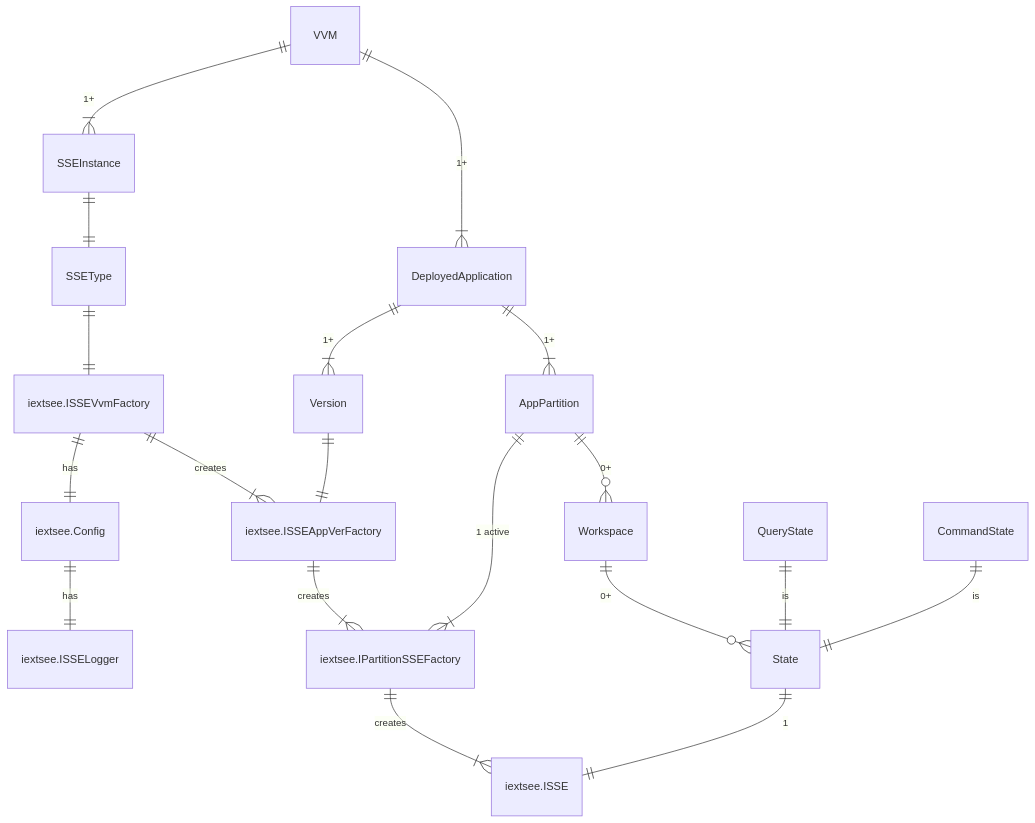
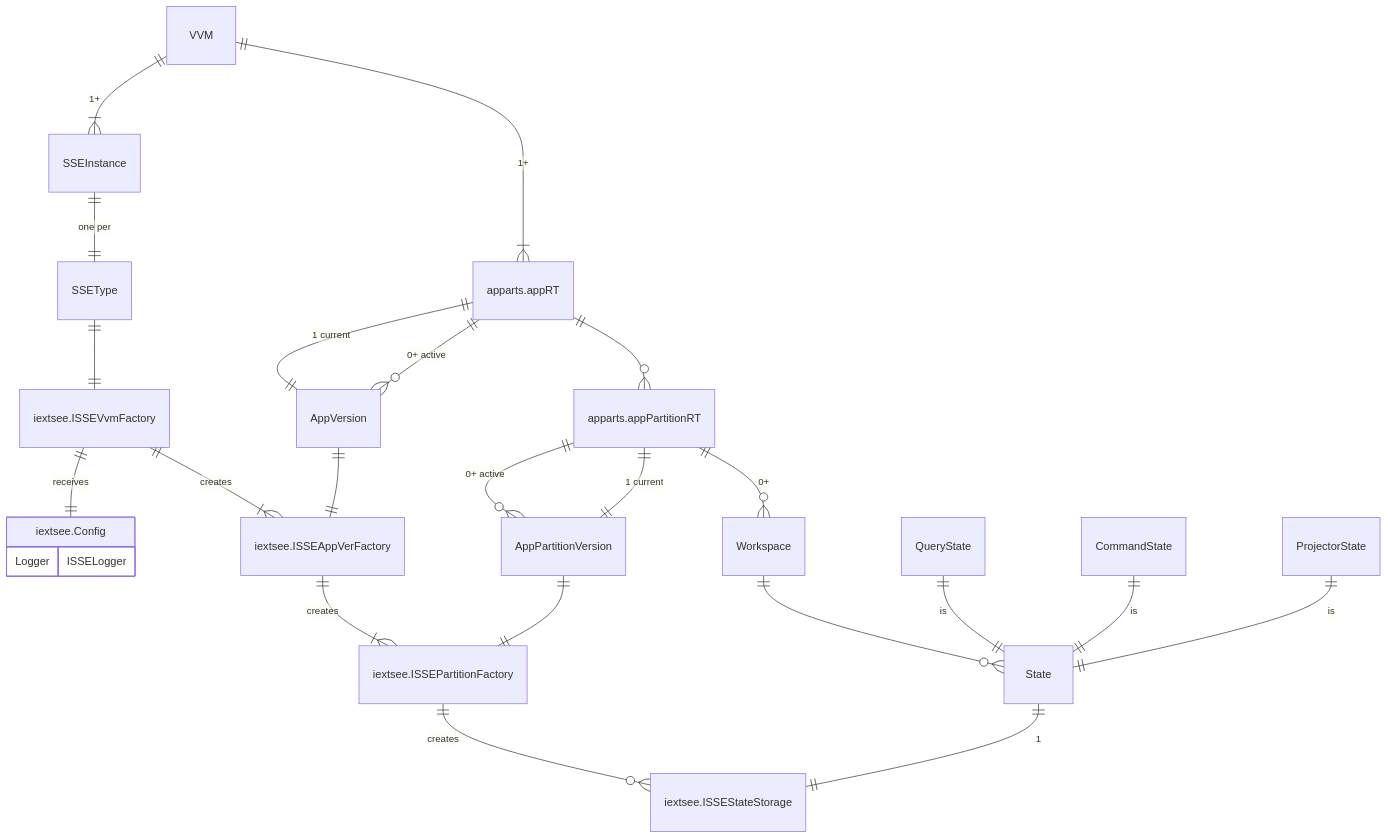
One commit to voedger/voedger changed the diagram in pkg/iextsse/README.md. Above: the diagram before and after it, drawn with Mermaid. The commit also changed other lines of this file and 4 other files, not shown here.

````diff
--- a/pkg/iextsse/README.md
+++ b/pkg/iextsse/README.md
@@ -14,36 +9,57 @@
 ```mermaid
 erDiagram
     %% Entities
 
+
+    AppPartition["apparts.appPartitionRT"]
+    ISSEVvmFactory["iextsee.ISSEVvmFactory"]
+
+    %% It is here for better layout
+    ISSEVvmFactory ||--|| "iextsee.Config" : "receives"
+
+    ISSEAppVerFactory["iextsee.ISSEAppVerFactory"]
+    ISSEPartitionFactory["iextsee.ISSEPartitionFactory"]
+    ISSEStateStorage["iextsee.ISSEStateStorage"]
+
+    App["apparts.appRT"]
+
+    "iextsee.Config" {
+        Logger ISSELogger
+    }
+    
+    ProjectorState
+
     %% Relationships
 
-    VVM ||--|{ DeployedApplication : "1+"
+    VVM ||--|{ App : "1+"
     VVM ||--|{ SSEInstance : "1+"
-    SSEInstance ||--||SSEType : ""
-    SSEType ||--|| "iextsee.ISSEVvmFactory" : ""
-    "iextsee.ISSEVvmFactory" ||--|{ "iextsee.ISSEAppVerFactory" : "creates"
+    SSEInstance ||--||SSEType : "one per"
+    SSEType ||--|| ISSEVvmFactory: ""
 
-    DeployedApplication ||--|{ Version : "1+"
-    Version ||--|| "iextsee.ISSEAppVerFactory": ""
+    ISSEVvmFactory ||--|{ ISSEAppVerFactory : "creates"
+    ISSEAppVerFactory ||--|{ ISSEPartitionFactory : "creates"
 
 
-    "iextsee.ISSEVvmFactory" ||--|| "iextsee.Config" : "has"
-    "iextsee.Config" ||--|| "iextsee.ISSELogger" : "has"
+    App ||--|| AppVersion : "1 current"
+    App ||--o{ AppVersion : "0+ active"
+    App ||--o{ AppPartition : ""
 
-    "iextsee.ISSEAppVerFactory" ||--|{ "iextsee.IPartitionSSEFactory" : "creates"
-    "iextsee.IPartitionSSEFactory" ||--|{ "iextsee.ISSE" : "creates"
+    AppPartition ||--o{ AppPartitionVersion : "0+ active"
+    AppPartition ||--|| AppPartitionVersion : "1 current"
+
+    AppVersion ||--|| ISSEAppVerFactory: ""
 
 
-    DeployedApplication ||--|{ AppPartition : "1+"
-
-    AppPartition ||--|{ "iextsee.IPartitionSSEFactory" : "1 active"
+    ISSEPartitionFactory ||--o{ ISSEStateStorage : "creates"
 
     AppPartition ||--o{ Workspace : "0+"
 
-    Workspace ||--o{ "State" : "0+"
+    Workspace ||--o{ "State" : ""
 
-    State ||--|| "iextsee.ISSE" : "1"
+    State ||--|| ISSEStateStorage : "1"
 
     QueryState ||--|| State : "is"
     CommandState  ||--|| State : "is"
+    AppPartitionVersion ||--|| ISSEPartitionFactory : ""
+    ProjectorState ||--|| State : is
 ```
````
